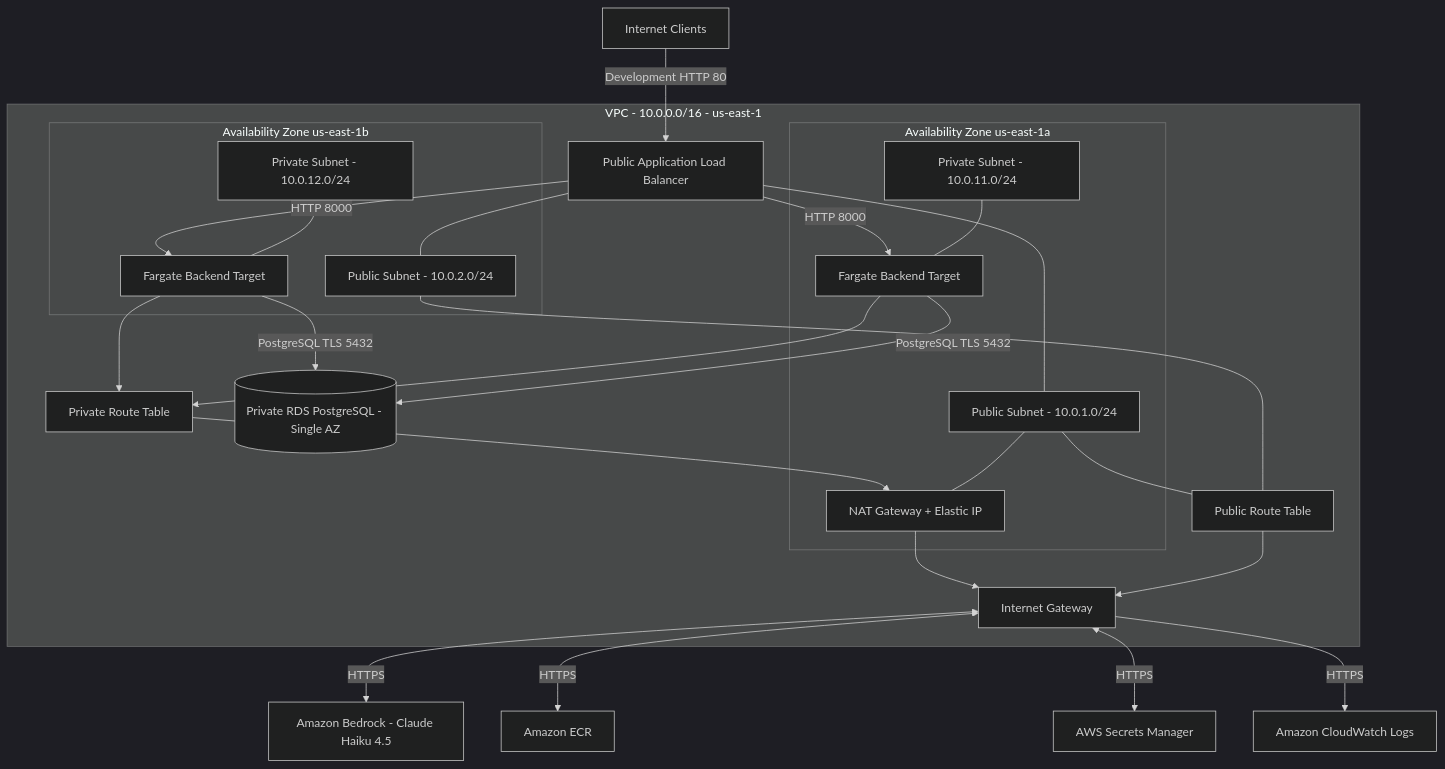
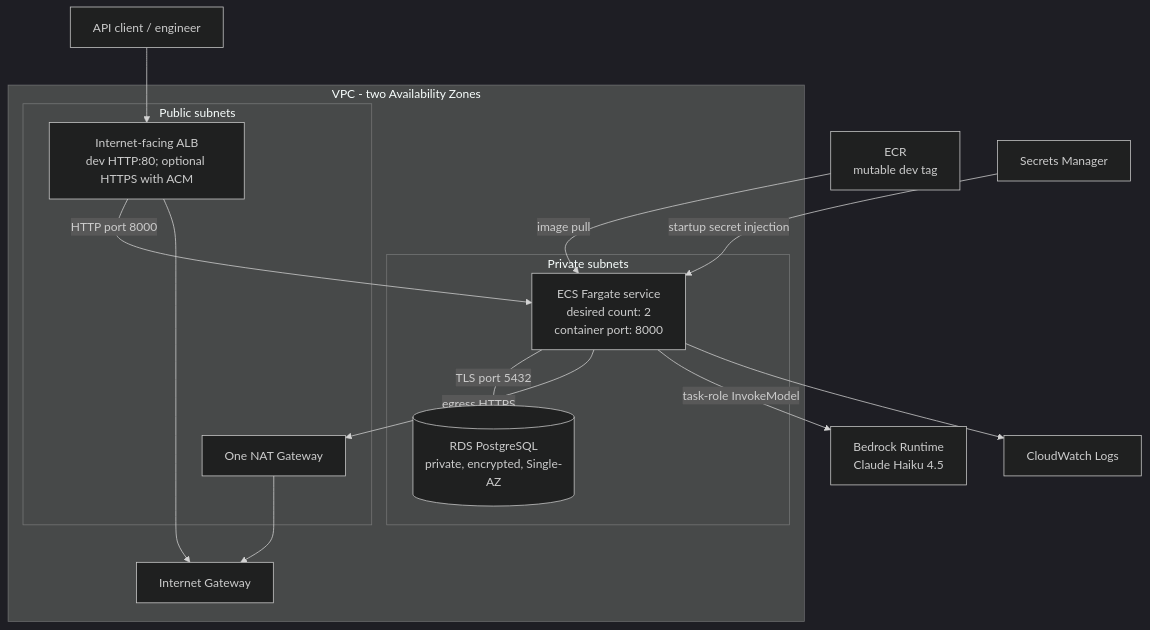
One commit to ALLWT255/banking-app changed the diagram in docs/architecture.md. Above: the diagram before and after it, drawn with Mermaid (dark theme). The commit also changed other lines of this file and 36 other files, not shown here.

Commit message:
docs: document banking platform architecture and troubleshooting evidence

````diff
--- a/docs/architecture.md
+++ b/docs/architecture.md
@@ -13,59 +9,32 @@
 ```mermaid
 flowchart TB
-    Client["Internet Clients"]
-    ECR["Amazon ECR"]
-    Secrets["AWS Secrets Manager"]
-    Logs["Amazon CloudWatch Logs"]
-    Bedrock["Amazon Bedrock - Claude Haiku 4.5"]
+    Client["API client / engineer"]
+    ALB["Internet-facing ALB<br/>dev HTTP:80; optional HTTPS with ACM"]
+    ECR["ECR<br/>mutable dev tag"]
+    SM["Secrets Manager"]
+    CW["CloudWatch Logs"]
+    BR["Bedrock Runtime<br/>Claude Haiku 4.5"]
+    NAT["One NAT Gateway"]
 
-    subgraph VPC["VPC - 10.0.0.0/16 - us-east-1"]
-        IGW["Internet Gateway"]
-        ALB["Public Application Load Balancer"]
-
-        subgraph AZA["Availability Zone us-east-1a"]
-            PublicA["Public Subnet - 10.0.1.0/24"]
-            NATA["NAT Gateway + Elastic IP"]
-            PrivateA["Private Subnet - 10.0.11.0/24"]
-            TaskA["Fargate Backend Target"]
-        end
-
-        subgraph AZB["Availability Zone us-east-1b"]
-            PublicB["Public Subnet - 10.0.2.0/24"]
-            PrivateB["Private Subnet - 10.0.12.0/24"]
-            TaskB["Fargate Backend Target"]
-        end
-
-        RDS[("Private RDS PostgreSQL - Single AZ")]
-        PrivateRT["Private Route Table"]
-        PublicRT["Public Route Table"]
-
-        ALB --- PublicA
-        ALB --- PublicB
-
-        PublicA --- PublicRT
-        PublicB --- PublicRT
-        PublicRT --> IGW
-
-        PublicA --- NATA
-        PrivateA --- TaskA
-        PrivateB --- TaskB
-
-        ALB -->|HTTP 8000| TaskA
-        ALB -->|HTTP 8000| TaskB
-
-        TaskA -->|PostgreSQL TLS 5432| RDS
-        TaskB -->|PostgreSQL TLS 5432| RDS
-
-        TaskA --> PrivateRT
-        TaskB --> PrivateRT
-        PrivateRT --> NATA
-        NATA --> IGW
+    subgraph VPC["VPC - two Availability Zones"]
+      IGW["Internet Gateway"]
+      subgraph Public["Public subnets"]
+        ALB
+        NAT
+      end
+      subgraph Private["Private subnets"]
+        ECS["ECS Fargate service<br/>desired count: 2<br/>container port: 8000"]
+        RDS[("RDS PostgreSQL<br/>private, encrypted, Single-AZ")]
+      end
+      ALB -->|"HTTP port 8000"| ECS
+      ECS -->|"TLS port 5432"| RDS
+      ECS -->|"egress HTTPS"| NAT
+      NAT --> IGW
+      ALB --> IGW
     end
-
-    Client -->|Development HTTP 80| ALB
-
-    IGW <-->|HTTPS| Bedrock
-    IGW <-->|HTTPS| ECR
-    IGW <-->|HTTPS| Secrets
-    IGW -->|HTTPS| Logs
+    Client --> ALB
+    ECR -->|"image pull"| ECS
+    SM -->|"startup secret injection"| ECS
+    ECS -->|"task-role InvokeModel"| BR
+    ECS --> CW
 ```
````
